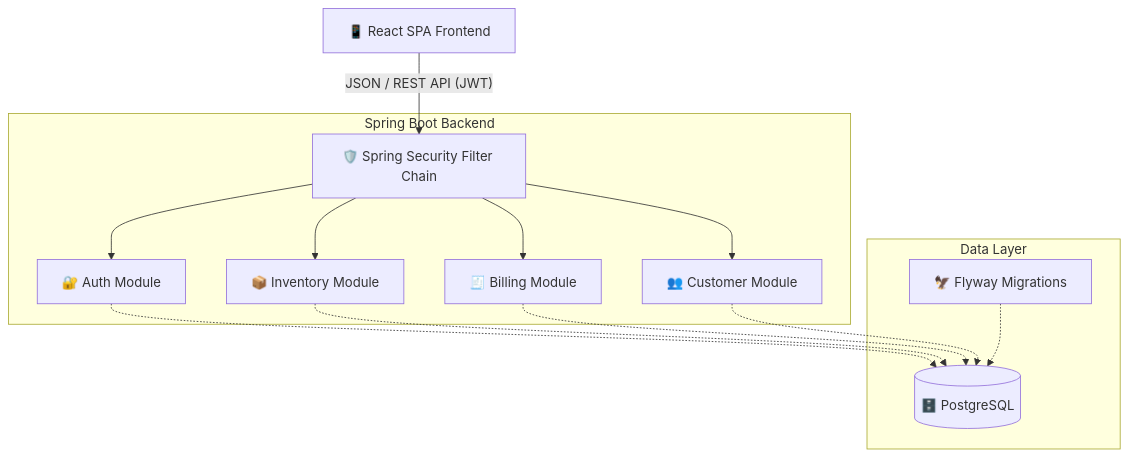
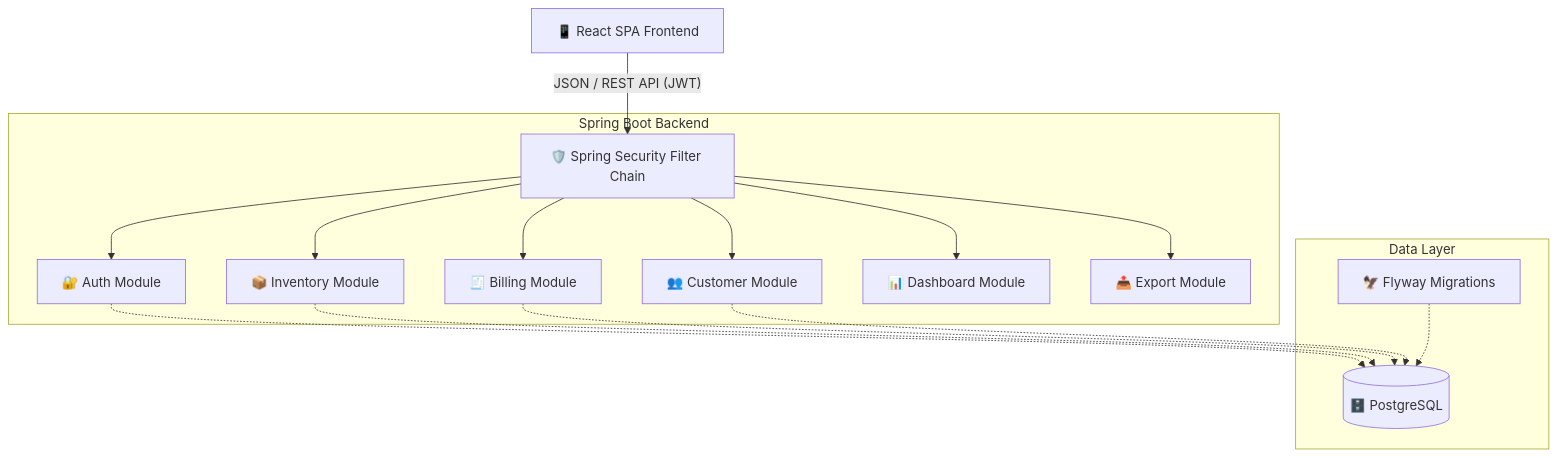
The diagram in README.md (ADP-1/InventoryManagementSuite), drawn with Mermaid before and after one commit. The commit also changed other lines of this file and 2 other files, not shown here.

````diff
--- a/README.md
+++ b/README.md
@@ -48,22 +54,24 @@
 ```mermaid
 graph TD
     Client[📱 React SPA Frontend]
     Client -- "JSON / REST API (JWT)" --> Gateway[🛡️ Spring Security Filter Chain]
     
     subgraph Spring Boot Backend
         Gateway --> Auth[🔐 Auth Module]
         Gateway --> Inv[📦 Inventory Module]
         Gateway --> Bill[🧾 Billing Module]
         Gateway --> Cust[👥 Customer Module]
+        Gateway --> Dash[📊 Dashboard Module]
+        Gateway --> Export[📤 Export Module]
     end
     
     Auth -.-> DB[(🗄️ PostgreSQL)]
     Inv -.-> DB
     Bill -.-> DB
     Cust -.-> DB
     
     subgraph Data Layer
         DB
         Flyway[🦅 Flyway Migrations] -.-> DB
     end
 ```
````
